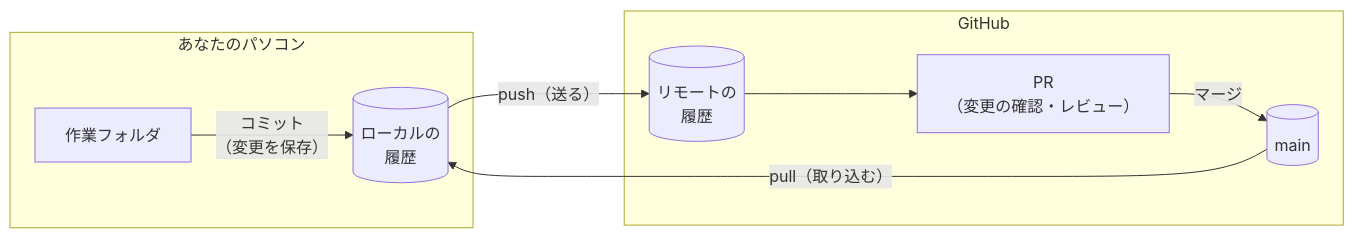
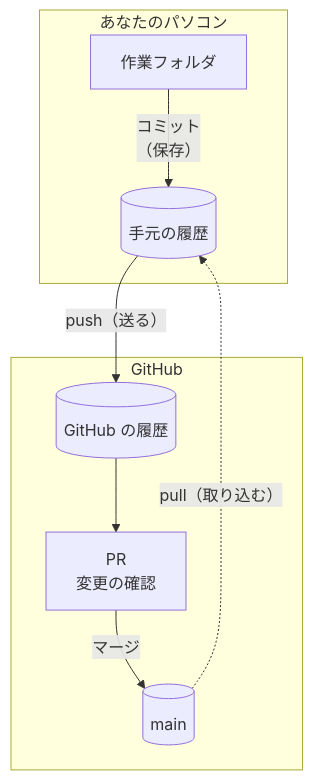
Before and after one commit to fujitamasayoshi0402/ai-dev-setup: the fifth of 6 diagrams in docs/03-tools.md, drawn with Mermaid. The commit also changed other lines of this file and 5 other files, not shown here.

First line of the commit message:
docs: 図を縦長のレイアウトにして、GitHub のボタンと重ならないように修正

````diff
--- a/docs/03-tools.md
+++ b/docs/03-tools.md
@@ -228,12 +220,12 @@
 ```mermaid
-flowchart LR
+flowchart TD
     subgraph local["あなたのパソコン"]
-        work["作業フォルダ"] -- "コミット<br>（変更を保存）" --> repo[("ローカルの<br>履歴")]
+        work["作業フォルダ"] -- "コミット<br>（保存）" --> repo[("手元の履歴")]
     end
     subgraph github["GitHub"]
-        remote[("リモートの<br>履歴")] --> pr["PR<br>（変更の確認・レビュー）"]
+        remote[("GitHub の履歴")] --> pr["PR<br>変更の確認"]
         pr -- "マージ" --> main[("main")]
     end
     repo -- "push（送る）" --> remote
-    main -- "pull（取り込む）" --> repo
+    main -. "pull（取り込む）" .-> repo
 ```
````
